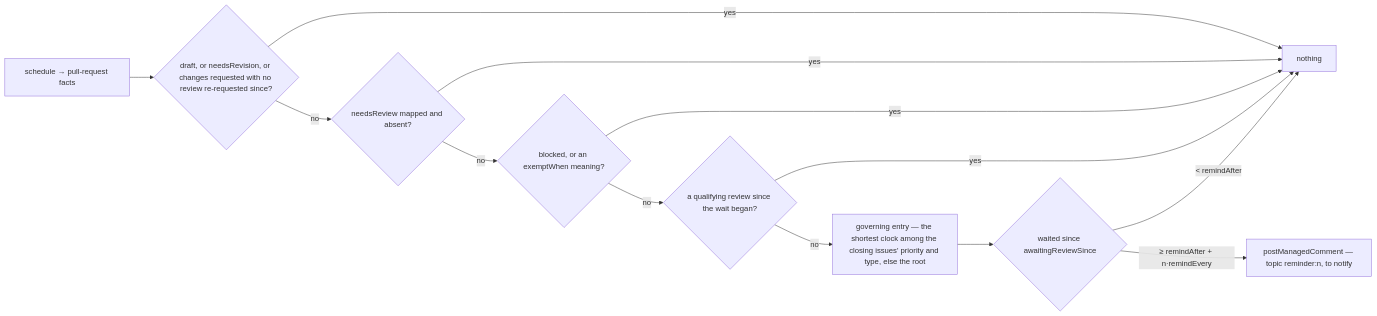
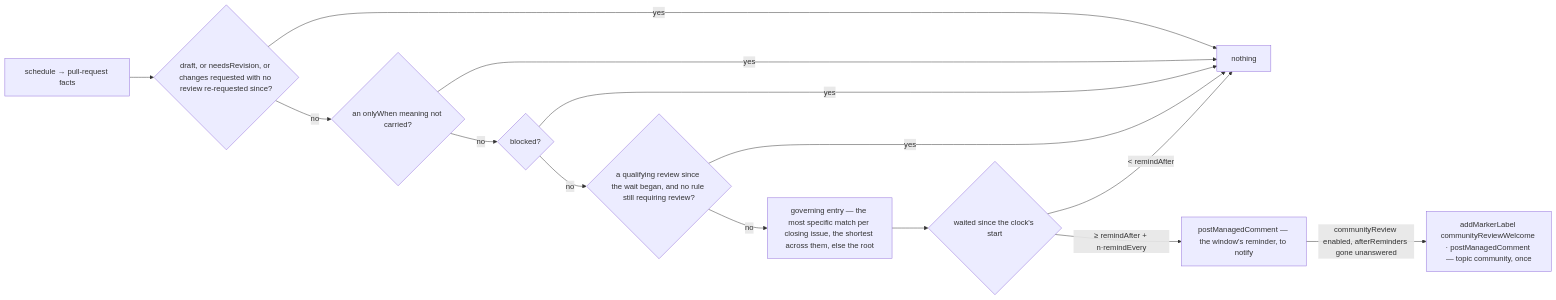
One commit to exploreriii/sdk-automations changed the diagram in design/guides/capabilities/reviews.md. Above: the diagram before and after it, drawn with Mermaid. The commit also changed other lines of this file, not shown here.

````diff
--- a/design/guides/capabilities/reviews.md
+++ b/design/guides/capabilities/reviews.md
@@ -133,15 +166,16 @@
 ```mermaid
 flowchart LR
     S["schedule → pull-request facts"] --> D{"draft, or needsRevision, or changes requested with no review re-requested since?"}
     D -->|yes| N["nothing"]
-    D -->|no| H{"needsReview mapped and absent?"}
+    D -->|no| H{"an onlyWhen meaning not carried?"}
     H -->|yes| N
-    H -->|no| P{"blocked, or an exemptWhen meaning?"}
+    H -->|no| P{"blocked?"}
     P -->|yes| N
-    P -->|no| V{"a qualifying review since the wait began?"}
+    P -->|no| V{"a qualifying review since the wait began, and no rule still requiring review?"}
     V -->|yes| N
-    V -->|no| G["governing entry — the shortest clock among the closing issues' priority and type, else the root"]
-    G --> C{"waited since awaitingReviewSince"}
+    V -->|no| G["governing entry — the most specific match per closing issue, the shortest across them, else the root"]
+    G --> C{"waited since the clock's start"}
     C -->|"< remindAfter"| N
-    C -->|"≥ remindAfter + n·remindEvery"| R["postManagedComment — topic reminder:n, to notify"]
+    C -->|"≥ remindAfter + n·remindEvery"| R["postManagedComment — the window's reminder, to notify"]
+    R -->|"communityReview enabled, afterReminders gone unanswered"| I["addMarkerLabel communityReviewWelcome · postManagedComment — topic community, once"]
 ```
````
